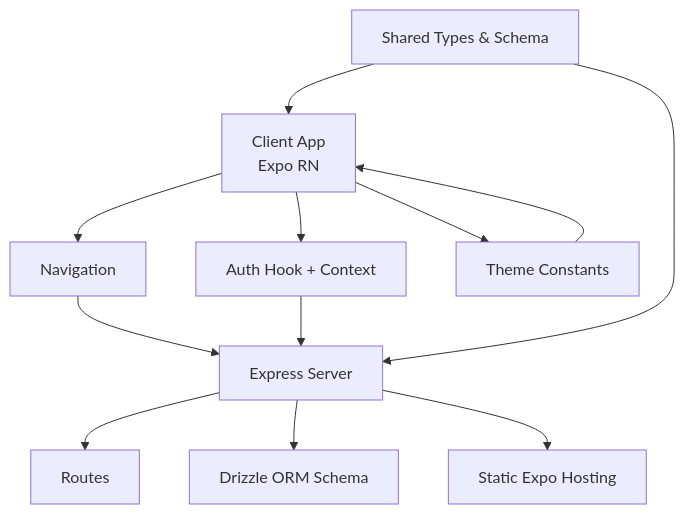
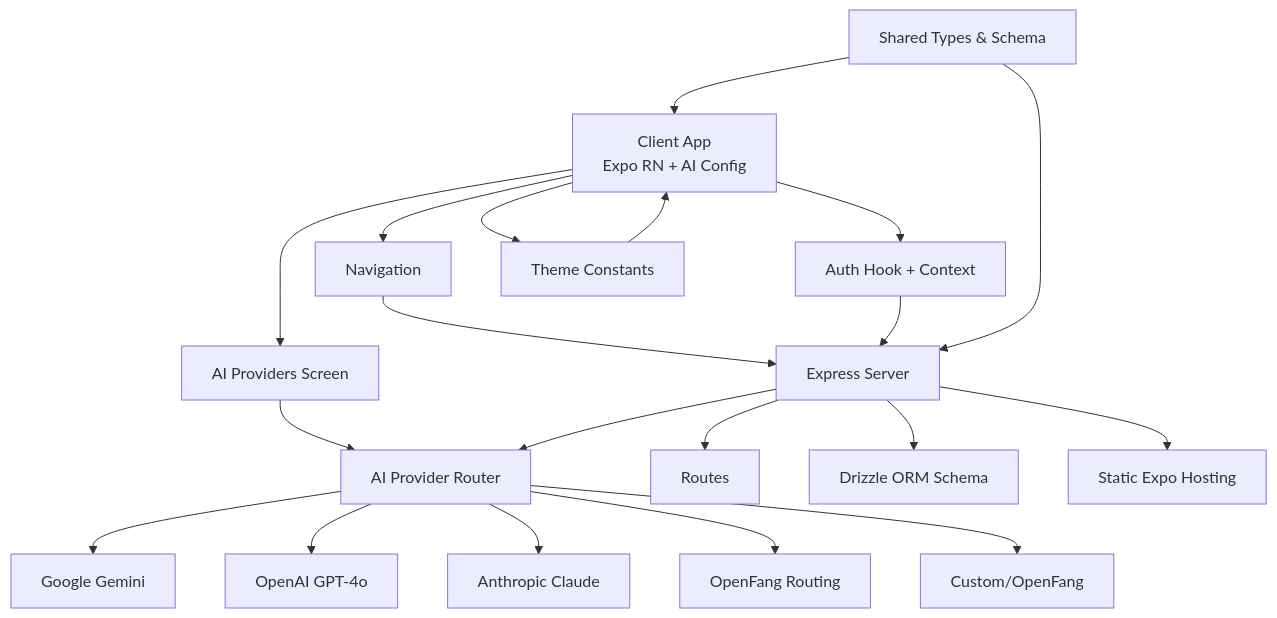
One commit to hunglevi87/Hidden-Gem changed the second of 9 diagrams in .qoder/repowiki/en/content/Frontend Application/Development Workflow.md. Above: the diagram before and after it, drawn with Mermaid. The commit also changed other lines of this file and 5 other files, not shown here.

First line of the commit message:
feat(ai-provider): add OpenFang provider with multi-model routing

````diff
--- a/.qoder/repowiki/en/content/Frontend Application/Development Workflow.md
+++ b/.qoder/repowiki/en/content/Frontend Application/Development Workflow.md
@@ -149,14 +173,22 @@
 ```mermaid
 graph TB
-Client["Client App<br/>Expo RN"] --> Nav["Navigation"]
+Client["Client App<br/>Expo RN + AI Config"] --> Nav["Navigation"]
 Client --> Auth["Auth Hook + Context"]
 Client --> Theme["Theme Constants"]
+Client --> AIConfig["AI Providers Screen"]
 Nav --> Server["Express Server"]
 Auth --> Server
 Theme --> Client
+AIConfig --> AIRouter["AI Provider Router"]
 Server --> Routes["Routes"]
+Server --> AIRouter
 Server --> DB["Drizzle ORM Schema"]
 Server --> Expo["Static Expo Hosting"]
 Shared["Shared Types & Schema"] --> Client
 Shared --> Server
+AIRouter --> Gemini["Google Gemini"]
+AIRouter --> OpenAI["OpenAI GPT-4o"]
+AIRouter --> Anthropic["Anthropic Claude"]
+AIRouter --> OpenFang["OpenFang Routing"]
+AIRouter --> Custom["Custom/OpenFang"]
 ```
````
